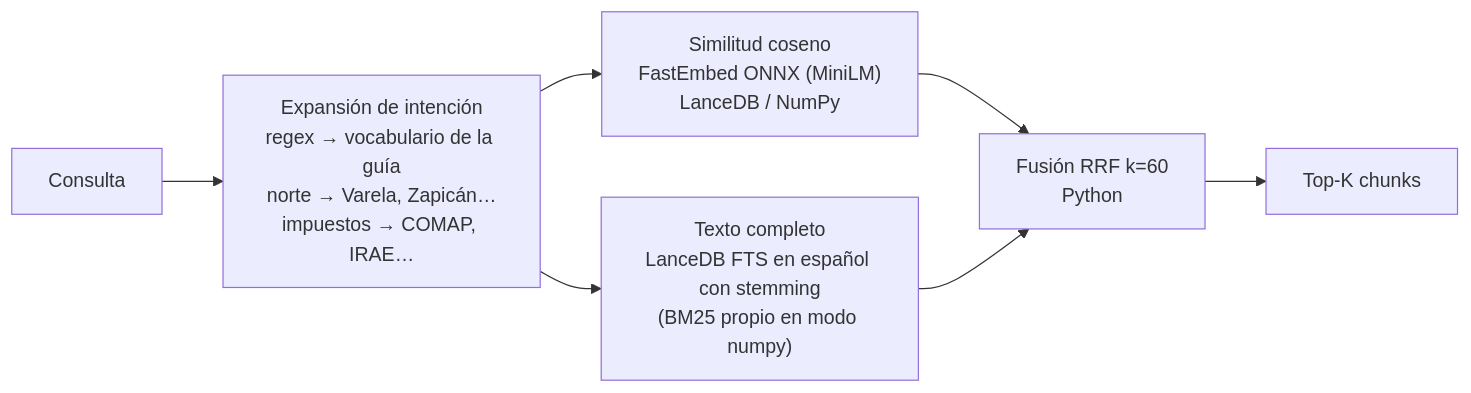
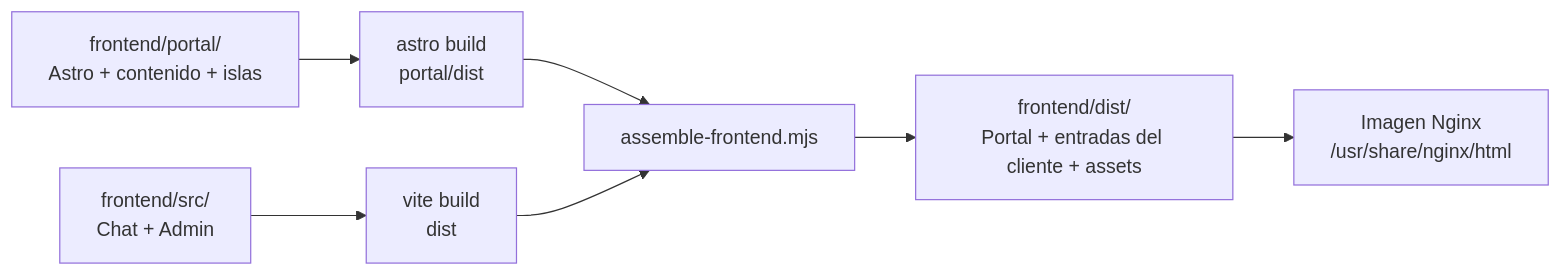
The second of 9 diagrams in Arquitectura.md (NebyX1/invest-lavalleja-rag-chat), drawn with Mermaid before and after one commit. The commit also changed other lines of this file and 135 other files, not shown here.

First line of the commit message:
Integra portal Invest con Gianna y separa frontend y backend

````diff
--- a/Arquitectura.md
+++ b/Arquitectura.md
@@ -93,9 +215,9 @@
 ```mermaid
 flowchart LR
-    Q[Consulta] --> X["Expansión de intención<br/>regex → vocabulario de la guía<br/>norte → Varela, Zapicán…<br/>impuestos → COMAP, IRAE…"]
-    X --> D["Similitud coseno<br/>FastEmbed ONNX (MiniLM)<br/>LanceDB / NumPy"]
-    X --> B["Texto completo<br/>LanceDB FTS en español con stemming<br/>(BM25 propio en modo numpy)"]
-    D --> R["Fusión RRF k=60<br/>Python"]
-    B --> R
-    R --> T[Top-K chunks]
+    A["frontend/portal/<br/>Astro + contenido + islas"] --> B["astro build<br/>portal/dist"]
+    C["frontend/src/<br/>Chat + Admin"] --> D["vite build<br/>dist"]
+    B --> E["assemble-frontend.mjs"]
+    D --> E
+    E --> F["frontend/dist/<br/>Portal + entradas del cliente + assets"]
+    F --> G["Imagen Nginx<br/>/usr/share/nginx/html"]
 ```
````
